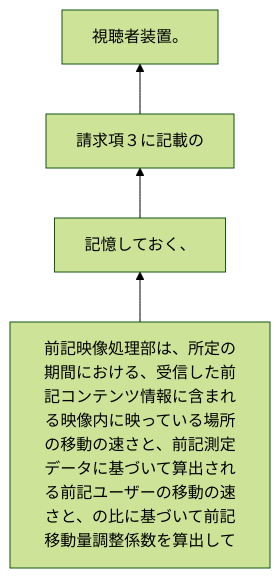
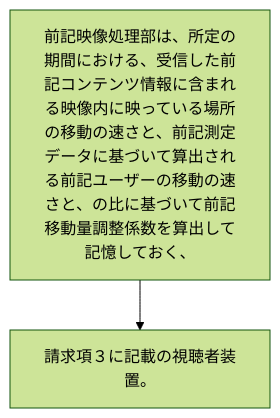
Before and after one commit to shinmori55/patent_analyzed: the diagram in 2024/JP2024015616A/claim_4/README.md, drawn with Mermaid (forest theme). The commit also changed 11 other files, not shown here.

````diff
--- a/2024/JP2024015616A/claim_4/README.md
+++ b/2024/JP2024015616A/claim_4/README.md
@@ -3,10 +3,6 @@
 ```mermaid
-flowchart BT
-A[前記映像処理部は、所定の期間における、受信した前記コンテンツ情報に含まれる映像内に映っている場所の移動の速さと、前記測定データに基づいて算出される前記ユーザーの移動の速さと、の比に基づいて前記移動量調整係数を算出して]
-B[記憶しておく、]
-C[請求項３に記載の]
-D[視聴者装置。]
+flowchart TD
+A[前記映像処理部は、所定の期間における、受信した前記コンテンツ情報に含まれる映像内に映っている場所の移動の速さと、前記測定データに基づいて算出される前記ユーザーの移動の速さと、の比に基づいて前記移動量調整係数を算出して記憶しておく、]
+B[請求項３に記載の視聴者装置。]
 A --> B
-B --> C
-C --> D
 ```
````
